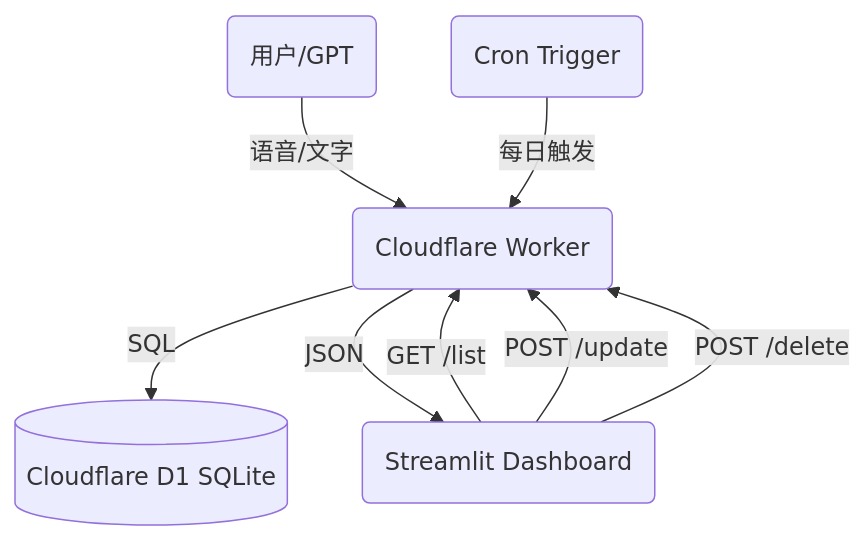
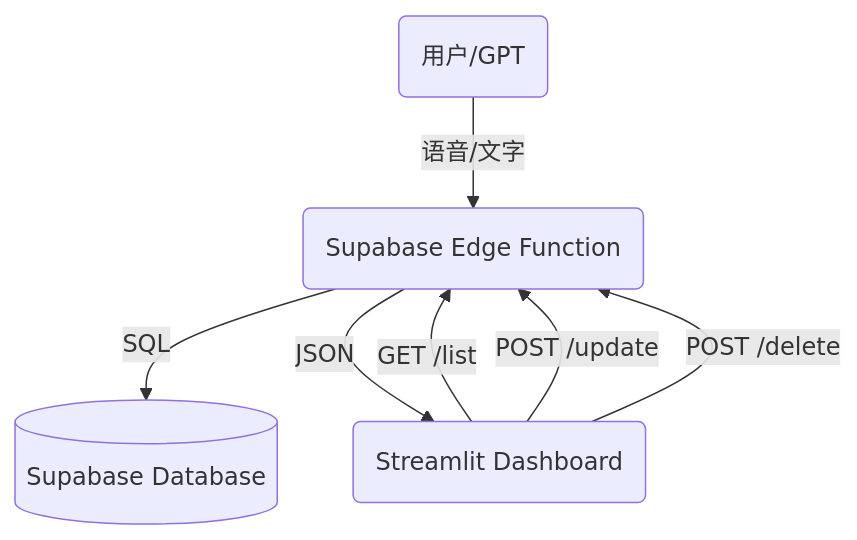
One commit to showbox88/GTPinput changed the diagram in README.md. Above: the diagram before and after it, drawn with Mermaid. The commit also changed other lines of this file and 4 other files, not shown here.

Commit message:
docs: update README and structure, fix API routing and user mismatch bugs

````diff
--- a/README.md
+++ b/README.md
@@ -102,13 +102,12 @@
 ```mermaid
 graph TD
-    User(用户/GPT) -->|语音/文字| API(Cloudflare Worker)
-    Cron(Cron Trigger) -->|每日触发| API
+    User(用户/GPT) -->|语音/文字| API(Supabase Edge Function)
     
-    API -->|SQL| DB[(Cloudflare D1 SQLite)]
+    API -->|SQL| DB[(Supabase Database)]
     
     Streamlit(Streamlit Dashboard) -->|GET /list| API
     Streamlit -->|POST /update| API
     Streamlit -->|POST /delete| API
     
     API -->|JSON| Streamlit
 ```
````
